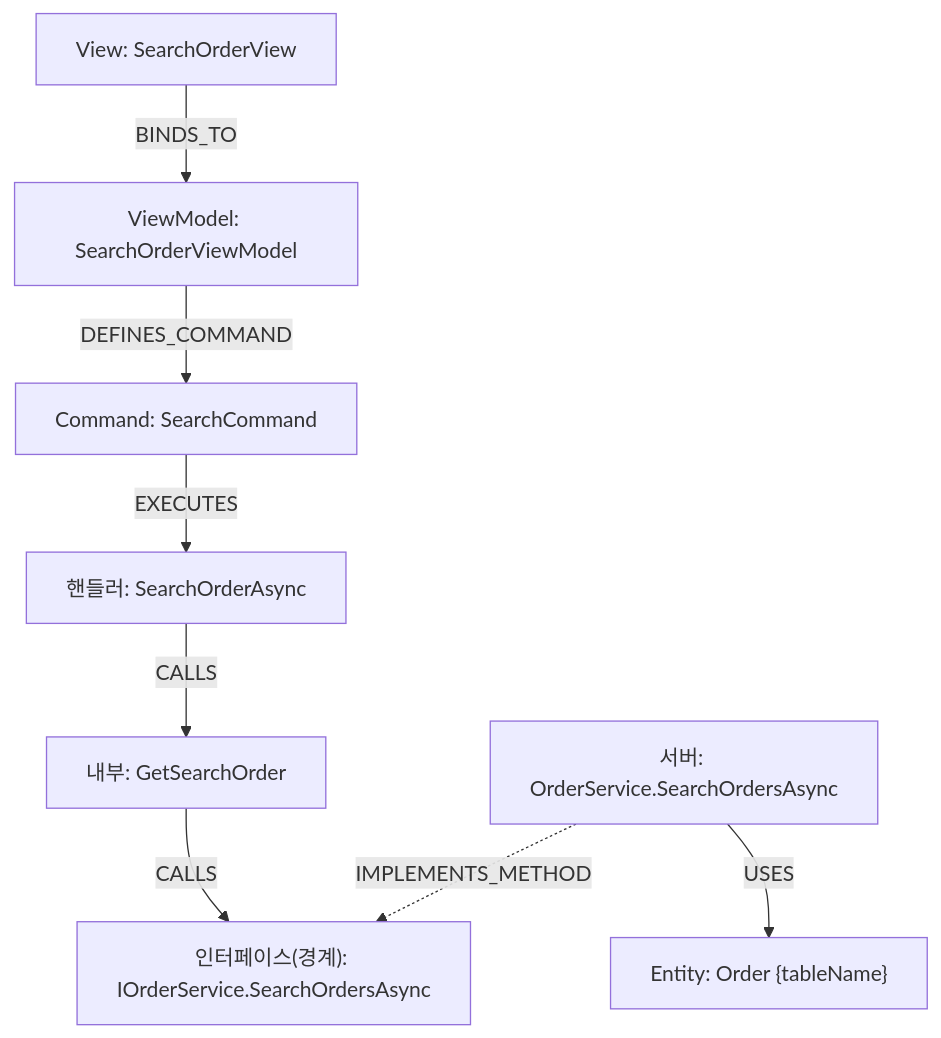
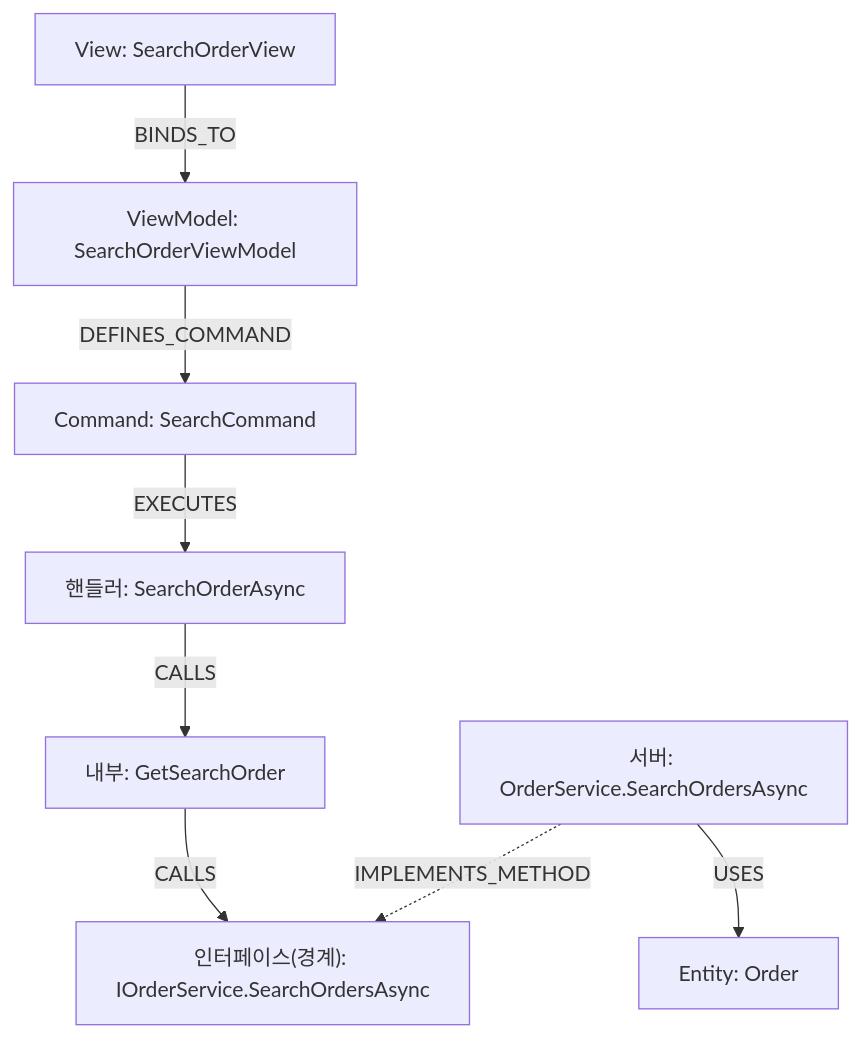
Before and after one commit to aplaxas/code-wiki: the diagram in docs/cookbook.md, drawn with Mermaid. The commit also changed other lines of this file and 2 other files, not shown here.

````diff
--- a/docs/cookbook.md
+++ b/docs/cookbook.md
@@ -169,10 +167,10 @@
 ```mermaid
 graph TD
     V["View: SearchOrderView"] -- BINDS_TO --> VM["ViewModel: SearchOrderViewModel"]
     VM -- DEFINES_COMMAND --> C["Command: SearchCommand"]
     C -- EXECUTES --> H["핸들러: SearchOrderAsync"]
     H -- CALLS --> MID["내부: GetSearchOrder"]
     MID -- CALLS --> IFACE["인터페이스(경계): IOrderService.SearchOrdersAsync"]
     IMPL["서버: OrderService.SearchOrdersAsync"] -. IMPLEMENTS_METHOD .-> IFACE
-    IMPL -- USES --> E["Entity: Order {tableName}"]
+    IMPL -- USES --> E["Entity: Order"]
 ```
````
